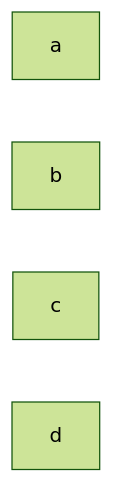
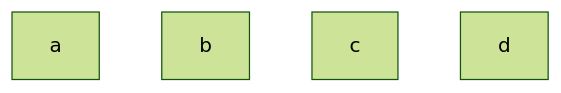
The second of 2 diagrams in slides.md (gerbssusd/dok), drawn with Mermaid (forest theme) before and after one commit.

````diff
--- a/slides.md
+++ b/slides.md
@@ -499,7 +499,7 @@
 ```mermaid {scale: 2.0}
 
-flowchart LR
+flowchart TB
    a & b 
 c & d
 
 ```
````
